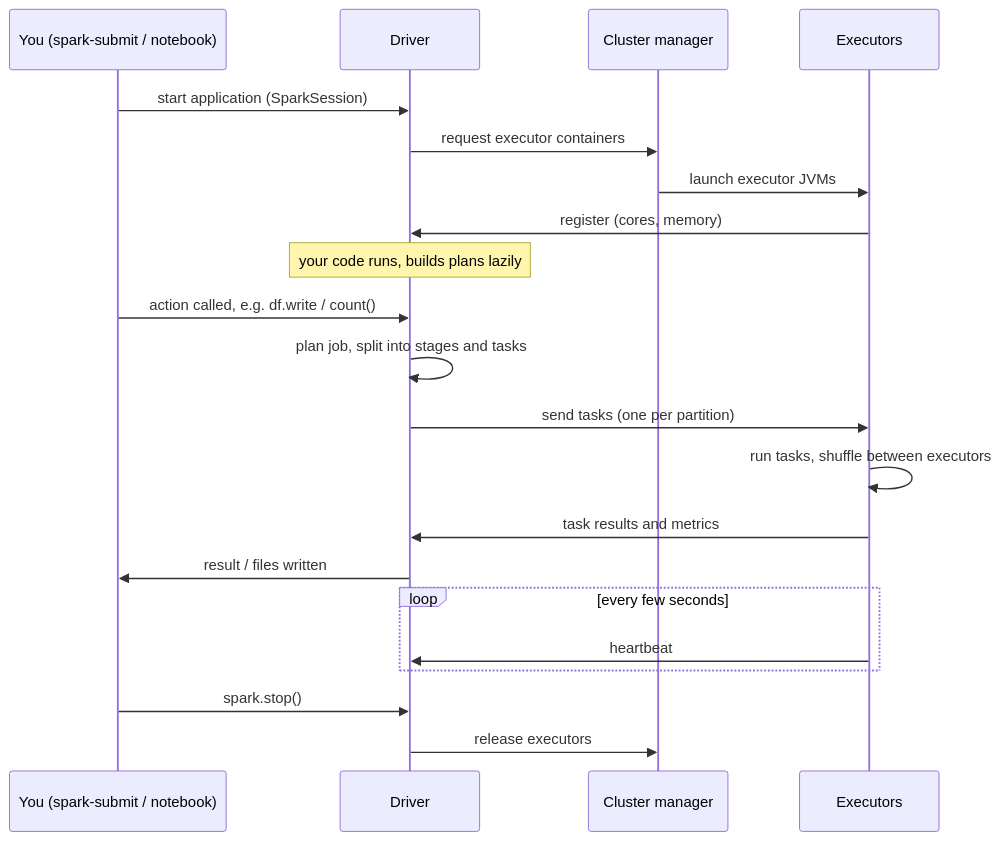
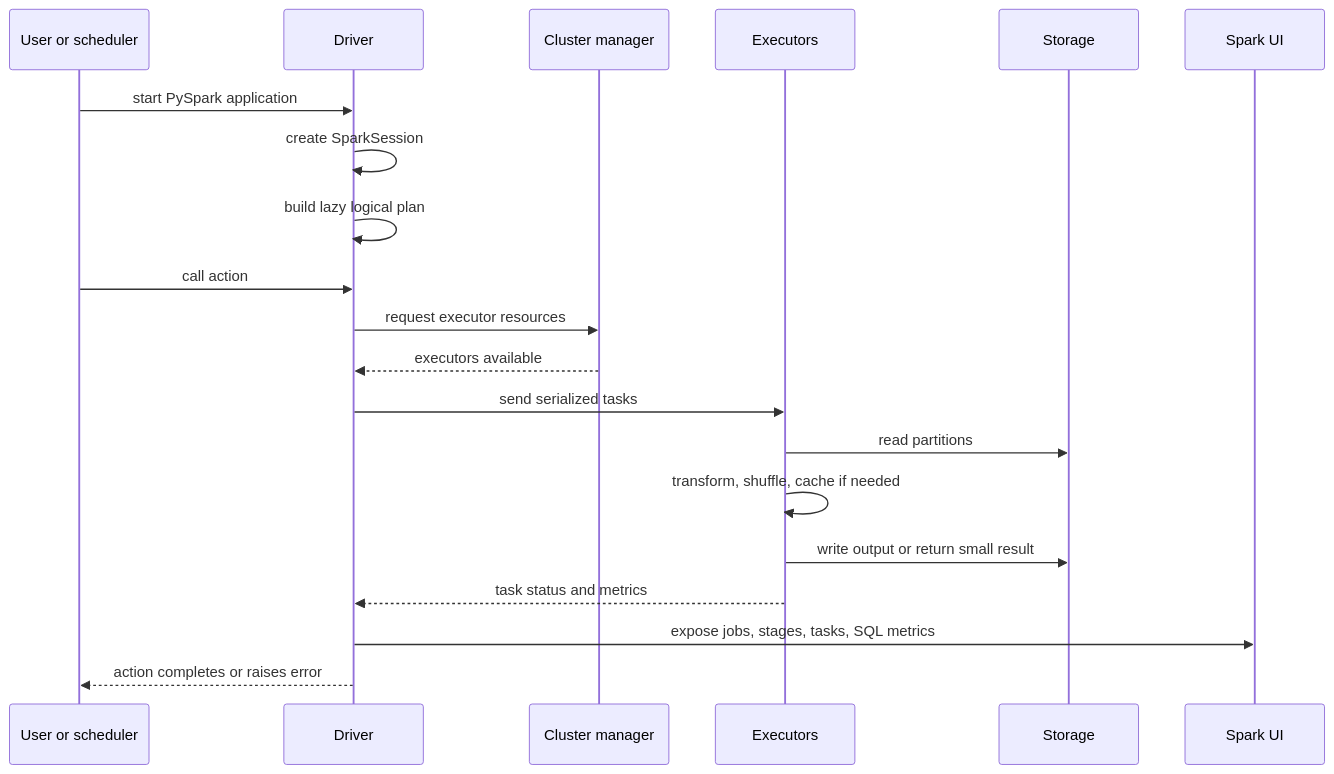
One commit to Ishan01official/spark-learning-lab changed the diagram in diagrams/03_driver_executor_flow.md. Above: the diagram before and after it, drawn with Mermaid. The commit also changed other lines of this file and 64 other files, not shown here.

````diff
--- a/diagrams/03_driver_executor_flow.md
+++ b/diagrams/03_driver_executor_flow.md
@@ -18,28 +16,23 @@
 ```mermaid
 sequenceDiagram
-    participant U as You (spark-submit / notebook)
-    participant D as Driver
+    participant User as User or scheduler
+    participant Driver as Driver
     participant CM as Cluster manager
-    participant E as Executors
+    participant Exec as Executors
+    participant Store as Storage
+    participant UI as Spark UI
 
-    U->>D: start application (SparkSession)
-    D->>CM: request executor containers
-    CM->>E: launch executor JVMs
-    E->>D: register (cores, memory)
-
-    Note over D: your code runs, builds plans lazily
-
-    U->>D: action called, e.g. df.write / count()
-    D->>D: plan job, split into stages and tasks
-    D->>E: send tasks (one per partition)
-    E->>E: run tasks, shuffle between executors
-    E->>D: task results and metrics
-    D->>U: result / files written
-
-    loop every few seconds
-        E->>D: heartbeat
-    end
-
-    U->>D: spark.stop()
-    D->>CM: release executors
+    User->>Driver: start PySpark application
+    Driver->>Driver: create SparkSession
+    Driver->>Driver: build lazy logical plan
+    User->>Driver: call action
+    Driver->>CM: request executor resources
+    CM-->>Driver: executors available
+    Driver->>Exec: send serialized tasks
+    Exec->>Store: read partitions
+    Exec->>Exec: transform, shuffle, cache if needed
+    Exec->>Store: write output or return small result
+    Exec-->>Driver: task status and metrics
+    Driver->>UI: expose jobs, stages, tasks, SQL metrics
+    Driver-->>User: action completes or raises error
 ```
````
